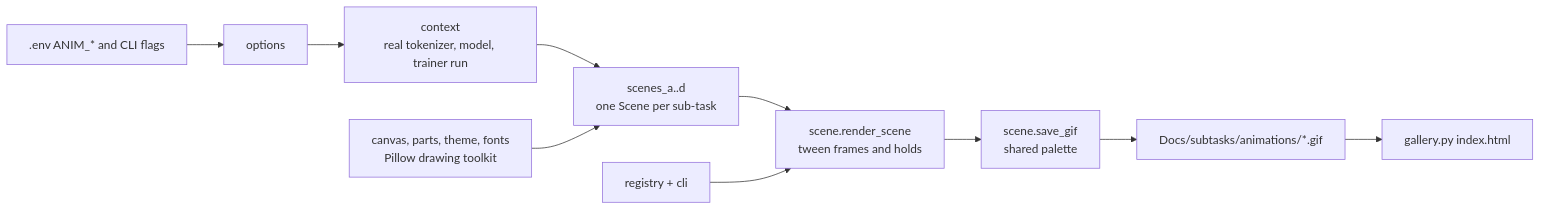
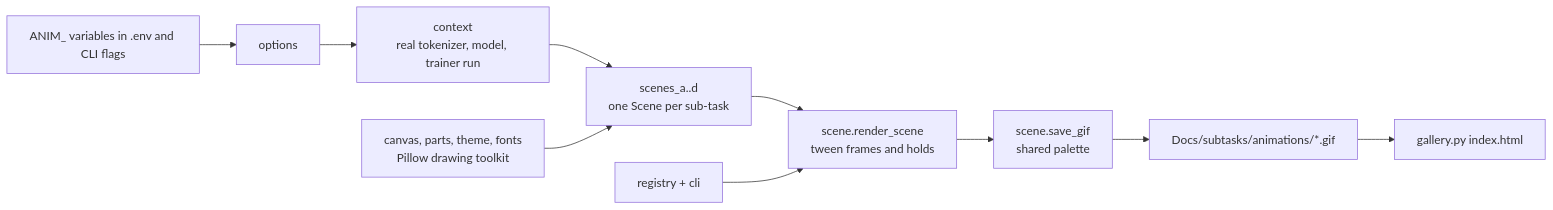
The fifth of 5 diagrams in Docs/Architecture.md (aairom/myLLMfromScratch-lab), drawn with Mermaid before and after one commit. The commit also changed other lines of this file, not shown here.

Commit message:
architecture document update

````diff
--- a/Docs/Architecture.md
+++ b/Docs/Architecture.md
@@ -105,12 +105,12 @@
 ```mermaid
 flowchart LR
-    ENV[.env ANIM_* and CLI flags] --> OPT[options]
+    ENV["ANIM_ variables in .env and CLI flags"] --> OPT[options]
     CTX[context<br/>real tokenizer, model, trainer run] --> SC
     OPT --> CTX
     SC[scenes_a..d<br/>one Scene per sub-task] --> RND[scene.render_scene<br/>tween frames and holds]
     CNV[canvas, parts, theme, fonts<br/>Pillow drawing toolkit] --> SC
     RND --> GIF[scene.save_gif<br/>shared palette]
     GIF --> OUT[Docs/subtasks/animations/*.gif]
     OUT --> GAL[gallery.py index.html]
     REG[registry + cli] --> RND
 ```
````
